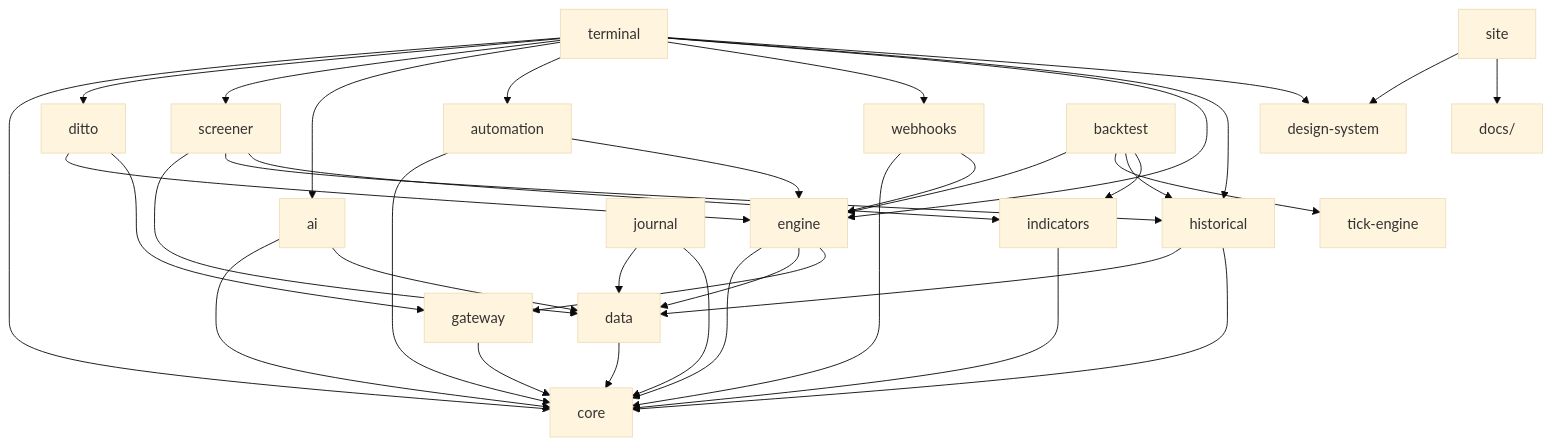
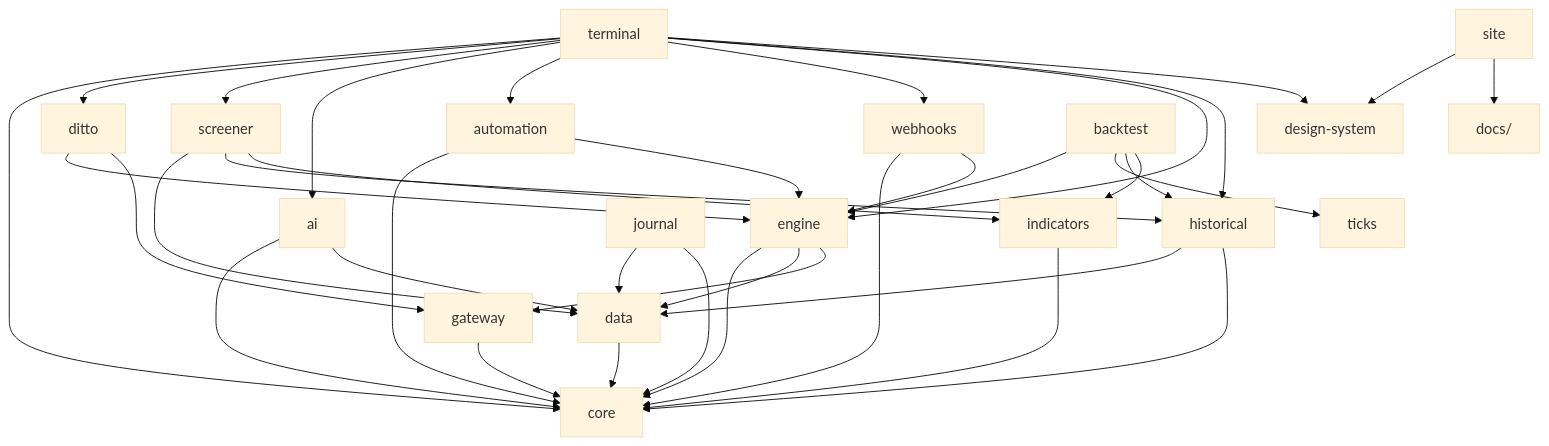
Before and after one commit to navaneeshnagarajan/FlintTrade: the second of 5 diagrams in docs/ARCHITECTURE.md, drawn with Mermaid (base theme). The commit also changed other lines of this file and 15 other files, not shown here.

````diff
--- a/docs/ARCHITECTURE.md
+++ b/docs/ARCHITECTURE.md
@@ -88,48 +89,48 @@
 ```mermaid
 flowchart TD
     terminal --> core
     terminal --> ditto
     terminal --> screener
     terminal --> ai
     terminal --> automation
     terminal --> webhooks
     terminal --> engine
     terminal --> historical
     terminal --> designSystem[design-system]
 
     site --> designSystem
     site --> docs[docs/]
 
     engine --> core
     engine --> data
     engine --> gateway
     backtestEngine[backtest] --> engine
-    backtestEngine --> tickEngine[tick-engine]
+    backtestEngine --> tickEngine[ticks]
     backtestEngine --> historical
     backtestEngine --> indicators
 
     screener --> data
     screener --> historical
     screener --> indicators
 
     ai --> core
     ai --> data
     journal --> data
     journal --> core
 
     webhooks --> core
     webhooks --> engine
 
     automation --> core
     automation --> engine
 
     ditto --> engine
     ditto --> gateway
 
     historical --> data
     historical --> core
 
     data --> core
     indicators --> core
     gateway --> core
 ```
````
